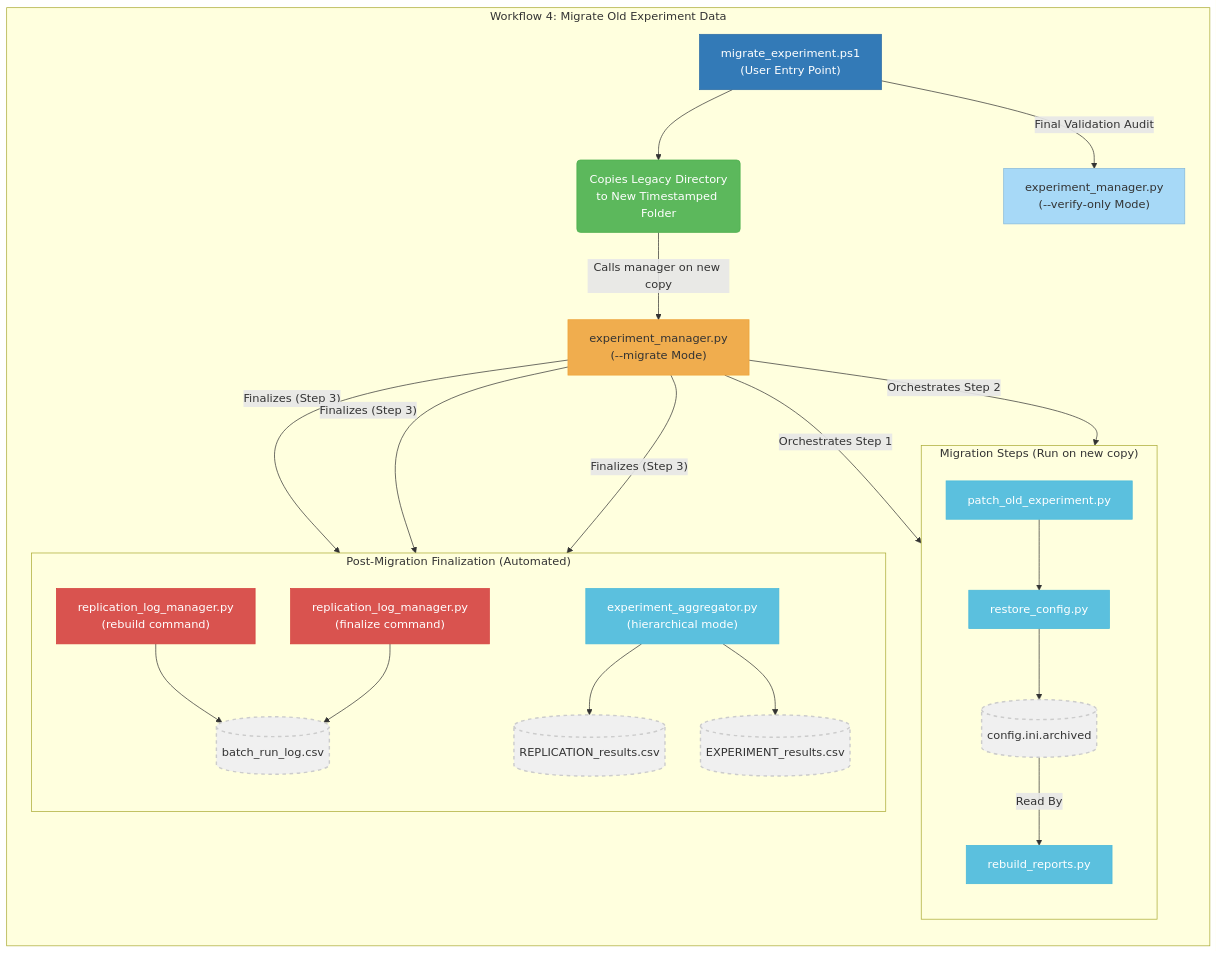
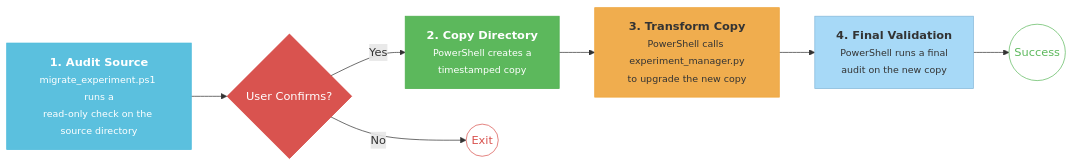
The diagram in docs/diagrams/architecture_workflow_4_migrate_data.mmd (peterjmarko/llm-narrative-framework), drawn with Mermaid before and after one commit. The commit also changed 15 other files, not shown here.

```diff
--- a/docs/diagrams/architecture_workflow_4_migrate_data.mmd
+++ b/docs/diagrams/architecture_workflow_4_migrate_data.mmd
@@ -1,71 +1,16 @@
-graph TD
-    %% 1. Define all nodes first
-    EntryPointPS["migrate_experiment.ps1<br/>(User Entry Point)"]:::entry_ps
-    CopyStep("Copies Legacy Directory<br/>to New Timestamped Folder"):::action
-    EntryPointPy["experiment_manager.py<br/>(--migrate Mode)"]:::entry_py
-    
-    PatchOld["patch_old_experiment.py"]:::script
-    RestoreConfig["restore_config.py"]:::script
-    ArchivedConfig[("config.ini.archived")]:::artifact
-    RebuildReports["rebuild_reports.py"]:::script
-    
-    LogManagerRebuild["replication_log_manager.py<br/>(rebuild command)"]:::danger
-    BatchRunLog[("batch_run_log.csv")]:::artifact
-    Aggregator["experiment_aggregator.py<br/>(hierarchical mode)"]:::script
-    ReplResults[("REPLICATION_results.csv")]:::artifact
-    ExpResults[("EXPERIMENT_results.csv")]:::artifact
-    LogManagerFinalize["replication_log_manager.py<br/>(finalize command)"]:::danger
-    FinalAudit["experiment_manager.py<br/>(--verify-only Mode)"]:::script_audit
+graph LR
+    A[<b>1. Audit Source</b><br><small>migrate_experiment.ps1 runs a<br>read-only check on the source directory</small>]:::script --> B{User Confirms?}:::decision;
+    B -- Yes --> C[<b>2. Copy Directory</b><br><small>PowerShell creates a<br>timestamped copy</small>]:::action;
+    C --> D[<b>3. Transform Copy</b><br><small>PowerShell calls experiment_manager.py<br>to upgrade the new copy</small>]:::entry_py;
+    D --> E[<b>4. Final Validation</b><br><small>PowerShell runs a final<br>audit on the new copy</small>]:::script_audit;
+    B -- No --> F((Exit)):::stop_node;
+    E --> G((Success)):::finish_node;
 
-    %% 2. Define connections
-    EntryPointPS --> CopyStep
-    CopyStep -- "Calls manager on new copy" --> EntryPointPy
-    
-    EntryPointPy -- "Orchestrates Step 1" --> PatchOld
-    PatchOld --> RestoreConfig
-    RestoreConfig --> ArchivedConfig
-    ArchivedConfig -- "Read By" --> RebuildReports
-    EntryPointPy -- "Orchestrates Step 2" --> RebuildReports
-    
-    EntryPointPy -- "Finalizes (Step 3)" --> LogManagerRebuild
-    LogManagerRebuild --> BatchRunLog
-    EntryPointPy -- "Finalizes (Step 3)" --> Aggregator
-    Aggregator --> ReplResults
-    Aggregator --> ExpResults
-    EntryPointPy -- "Finalizes (Step 3)" --> LogManagerFinalize
-    LogManagerFinalize --> BatchRunLog
-    EntryPointPS -- "Final Validation Audit" --> FinalAudit
-
-    %% 3. Group nodes into subgraphs
-    subgraph "Workflow 4: Migrate Old Experiment Data"
-        direction TB
-        EntryPointPS
-        CopyStep
-        EntryPointPy
-        subgraph "Migration Steps (Run on new copy)"
-            direction TB
-            PatchOld
-            RestoreConfig
-            ArchivedConfig
-            RebuildReports
-        end
-        subgraph "Post-Migration Finalization (Automated)"
-            direction TB
-            LogManagerRebuild
-            BatchRunLog
-            Aggregator
-            ReplResults
-            ExpResults
-            LogManagerFinalize
-        end
-        FinalAudit
-    end
-
-    %% 4. Styling
-    classDef entry_ps fill:#337ab7,stroke:#2e6da4,color:#fff;
+    %% Styling
+    classDef script fill:#5bc0de,stroke:#46b8da,color:#fff;
+    classDef decision fill:#d9534f,stroke:#d43f3a,color:#fff;
     classDef action fill:#5cb85c,stroke:#4cae4c,color:#fff;
     classDef entry_py fill:#f0ad4e,stroke:#eea236,color:#333;
-    classDef script fill:#5bc0de,stroke:#46b8da,color:#fff;
-    classDef danger fill:#d9534f,stroke:#d43f3a,color:#fff;
-    classDef artifact fill:#f0f0f0,stroke:#ccc,stroke-width:2px,stroke-dasharray: 5 5;
     classDef script_audit fill:#a7d9f7,stroke:#85b8d9,color:#333;
+    classDef stop_node fill:#fff,stroke:#d9534f,color:#d9534f;
+    classDef finish_node fill:#fff,stroke:#5cb85c,color:#5cb85c;
```
